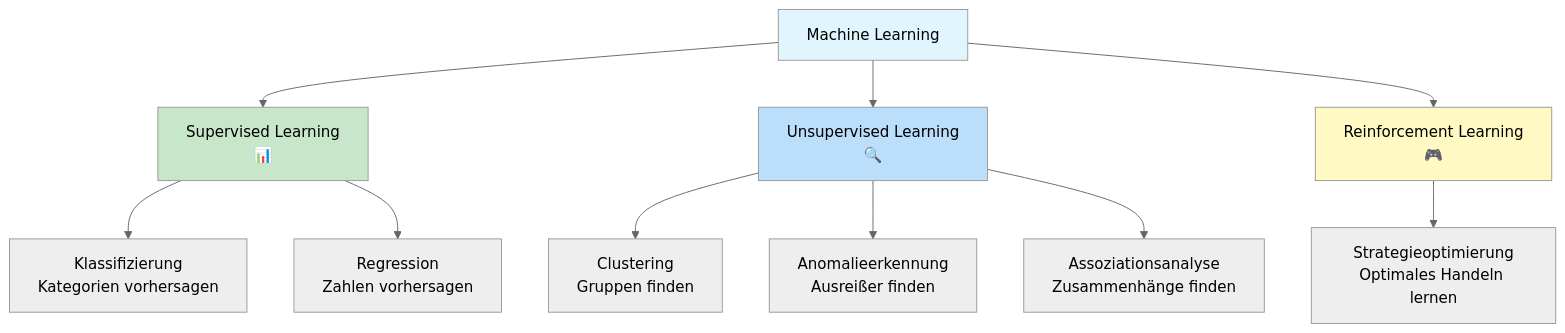
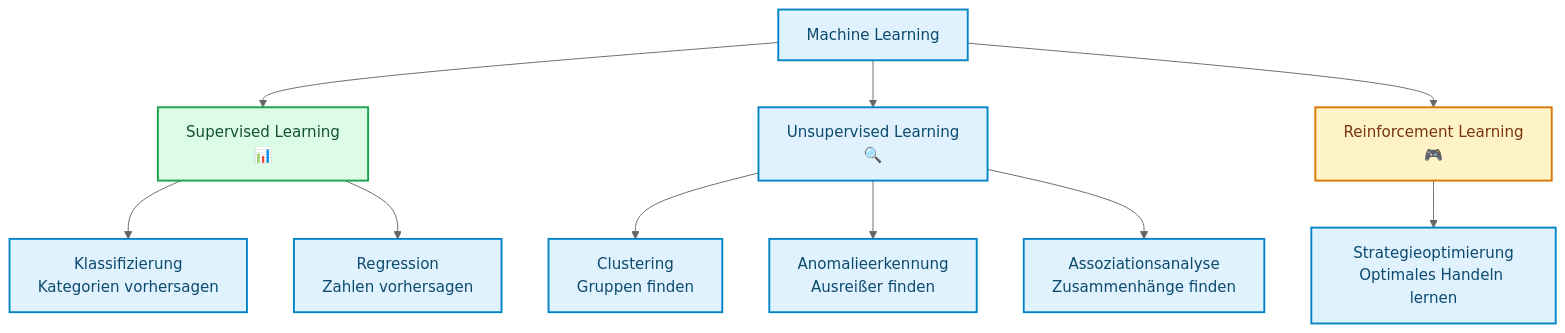
Diagram 13 of 14 in docs/concepts/grundlagen/machine_learning_grundlagen.md (ralf-42/ML_Intro), drawn with Mermaid (neutral theme) before and after one commit. The commit also changed other lines of this file and 67 other files, not shown here.

````diff
--- a/docs/concepts/grundlagen/machine_learning_grundlagen.md
+++ b/docs/concepts/grundlagen/machine_learning_grundlagen.md
@@ -486,22 +496,23 @@
 ```mermaid
 flowchart TB
     ML["Machine Learning"]
     
     ML --> SL["Supervised Learning<br/>📊"]
     ML --> UL["Unsupervised Learning<br/>🔍"]
     ML --> RL["Reinforcement Learning<br/>🎮"]
     
     SL --> SL1["Klassifizierung<br/>Kategorien vorhersagen"]
     SL --> SL2["Regression<br/>Zahlen vorhersagen"]
     
     UL --> UL1["Clustering<br/>Gruppen finden"]
     UL --> UL2["Anomalieerkennung<br/>Ausreißer finden"]
     UL --> UL3["Assoziationsanalyse<br/>Zusammenhänge finden"]
     
     RL --> RL1["Strategieoptimierung<br/>Optimales Handeln lernen"]
-    
-    style ML fill:#e1f5fe
-    style SL fill:#c8e6c9
-    style UL fill:#bbdefb
-    style RL fill:#fff9c4
+
+    classDef default fill:#e0f2fe,stroke:#0284c7,stroke-width:2px,color:#0c4a6e;
+    classDef metric fill:#fef3c7,stroke:#d97706,stroke-width:2px,color:#78350f;
+    classDef output fill:#dcfce7,stroke:#16a34a,stroke-width:2px,color:#14532d;
+    class RL metric;
+    class SL output;
 ```
````
